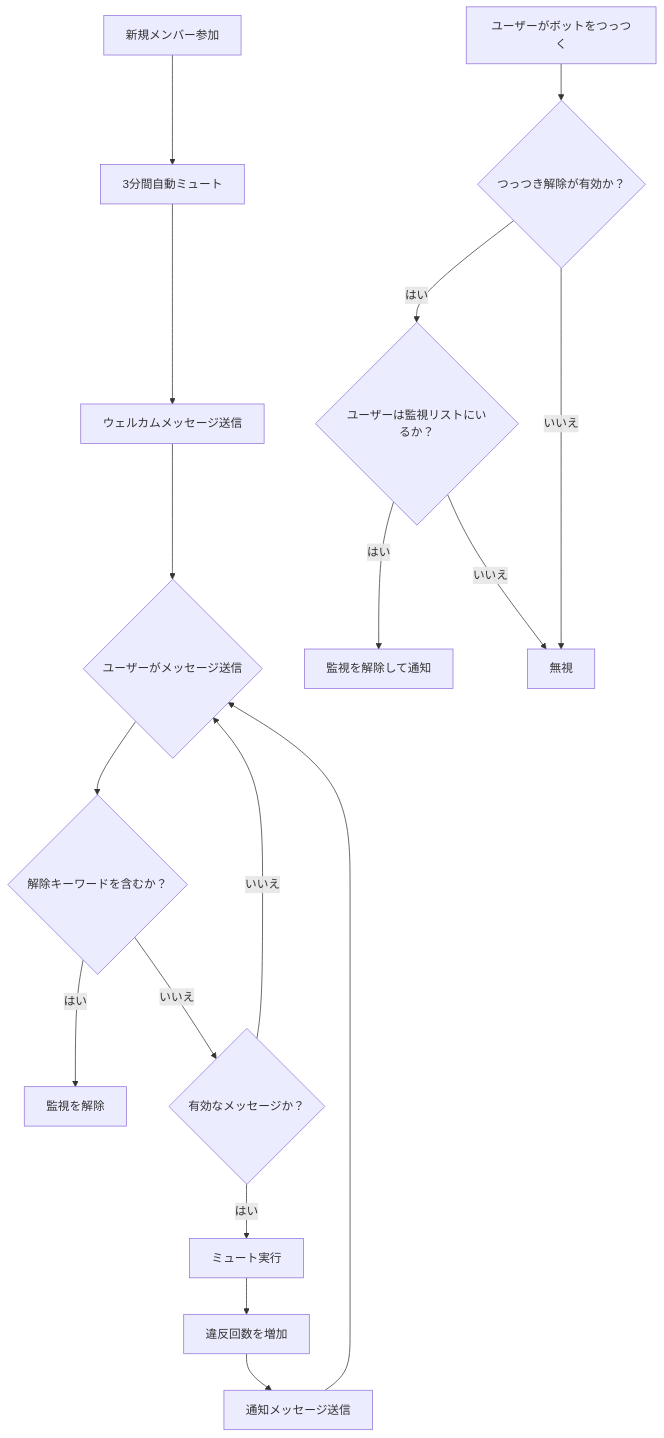
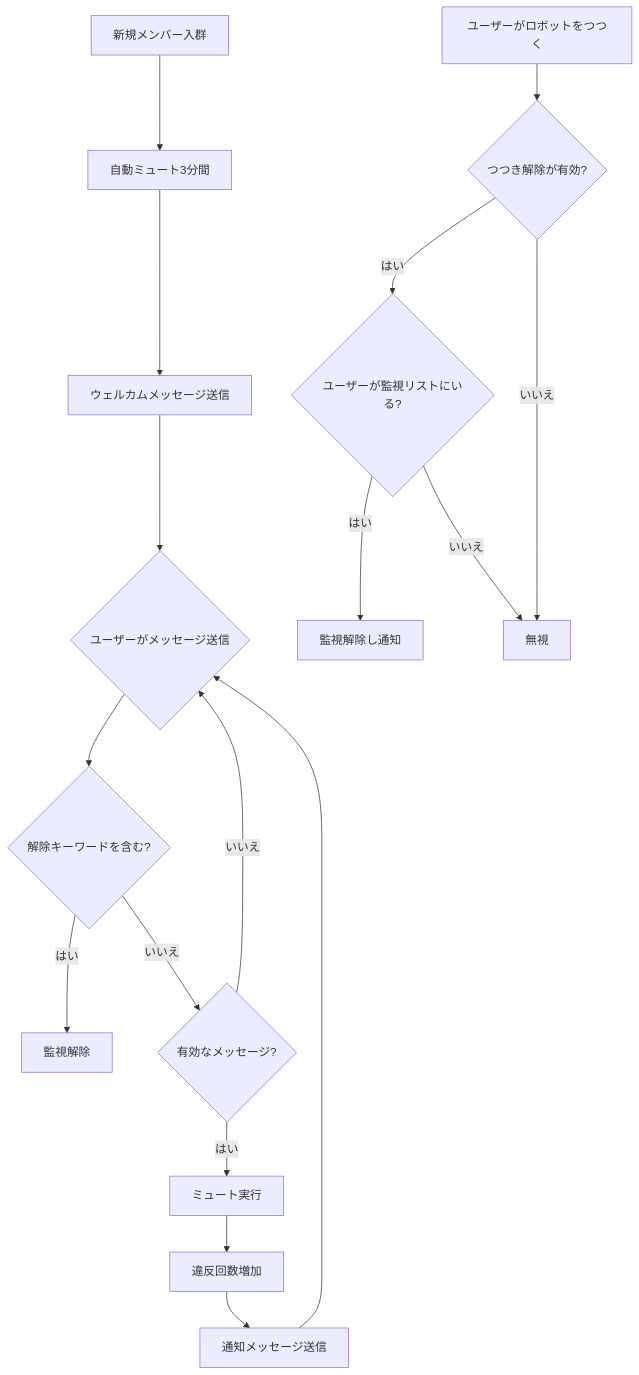
The diagram in README_JP.md (WishUponASnowflake/astrbot_plugin_auto_ban_new), drawn with Mermaid before and after one commit. The commit also changed other lines of this file, not shown here.

````diff
--- a/README_JP.md
+++ b/README_JP.md
@@ -145,20 +153,20 @@
 ```mermaid
 graph TD
-    A[新規メンバー参加] --> B[3分間自動ミュート]
+    A[新規メンバー入群] --> B[自動ミュート3分間]
     B --> C[ウェルカムメッセージ送信]
     C --> D{ユーザーがメッセージ送信}
-    D --> E{解除キーワードを含むか？}
-    E -->|はい| F[監視を解除]
-    E -->|いいえ| G{有効なメッセージか？}
+    D --> E{解除キーワードを含む?}
+    E -->|はい| F[監視解除]
+    E -->|いいえ| G{有効なメッセージ?}
     G -->|いいえ| D
     G -->|はい| H[ミュート実行]
-    H --> I[違反回数を増加]
+    H --> I[違反回数増加]
     I --> J[通知メッセージ送信]
     J --> D
     
-    K[ユーザーがボットをつっつく] --> L{つっつき解除が有効か？}
-    L -->|はい| M{ユーザーは監視リストにいるか？}
-    M -->|はい| N[監視を解除して通知]
+    K[ユーザーがロボットをつつく] --> L{つつき解除が有効?}
+    L -->|はい| M{ユーザーが監視リストにいる?}
+    M -->|はい| N[監視解除し通知]
     M -->|いいえ| O[無視]
     L -->|いいえ| O
 ```
````
